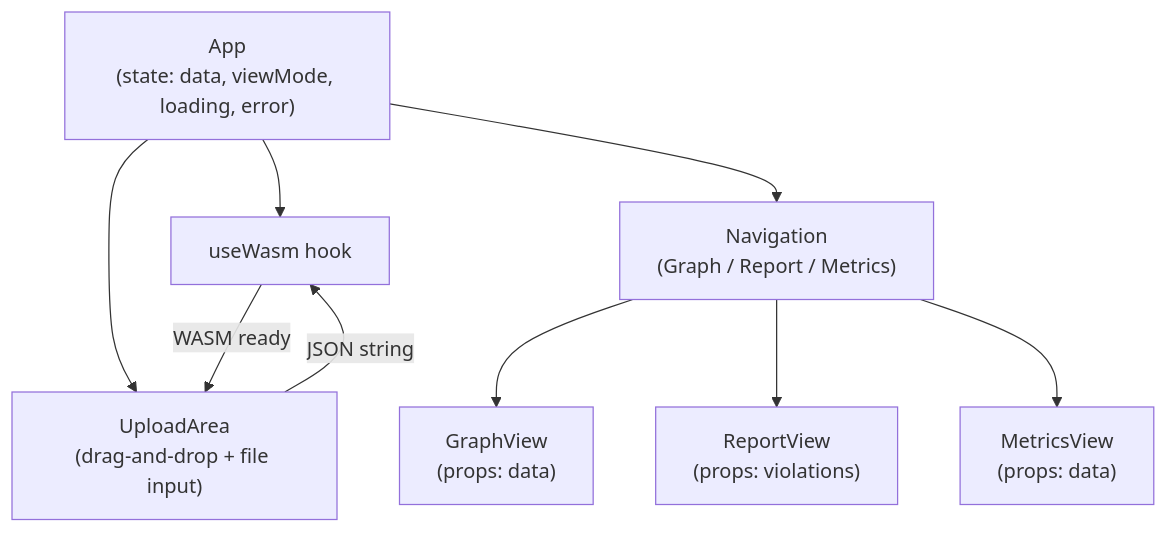
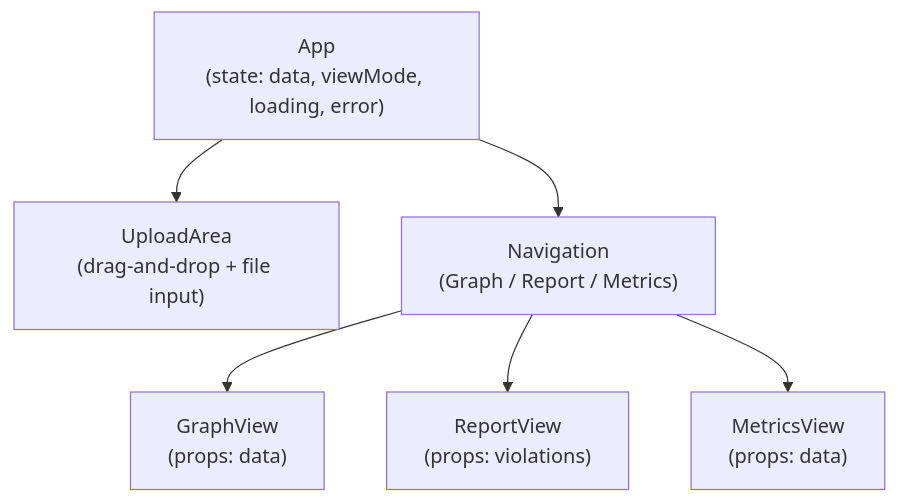
Before and after one commit to fisher-89/dependency-cruiser-reporter: the first of 3 diagrams in docs/packages/frontend.md, drawn with Mermaid. The commit also changed other lines of this file and 20 other files, not shown here.

````diff
--- a/docs/packages/frontend.md
+++ b/docs/packages/frontend.md
@@ -102,15 +34,11 @@
 ```mermaid
 flowchart TB
     App["App\n(state: data, viewMode, loading, error)"]
 
-    App --> WasmLoader["useWasm hook"]
     App --> UploadArea["UploadArea\n(drag-and-drop + file input)"]
     App --> Nav["Navigation\n(Graph / Report / Metrics)"]
 
     Nav --> GraphView["GraphView\n(props: data)"]
     Nav --> ReportView["ReportView\n(props: violations)"]
     Nav --> MetricsView["MetricsView\n(props: data)"]
-
-    WasmLoader --> |WASM ready| UploadArea
-    UploadArea --> |JSON string| WasmLoader
 ```
````
